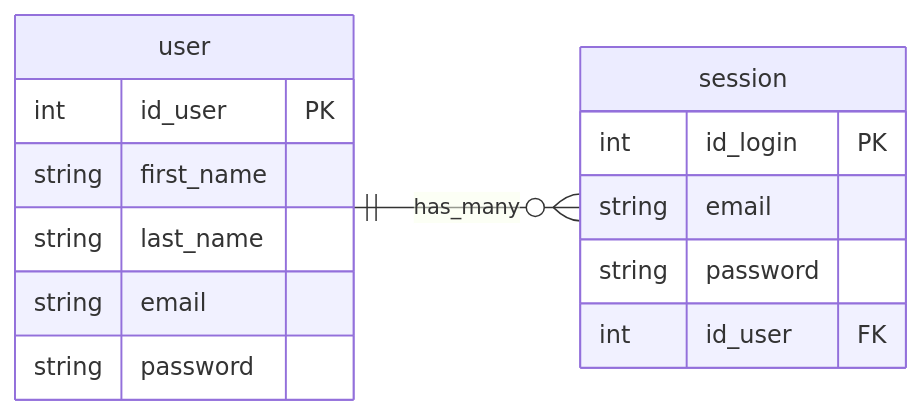
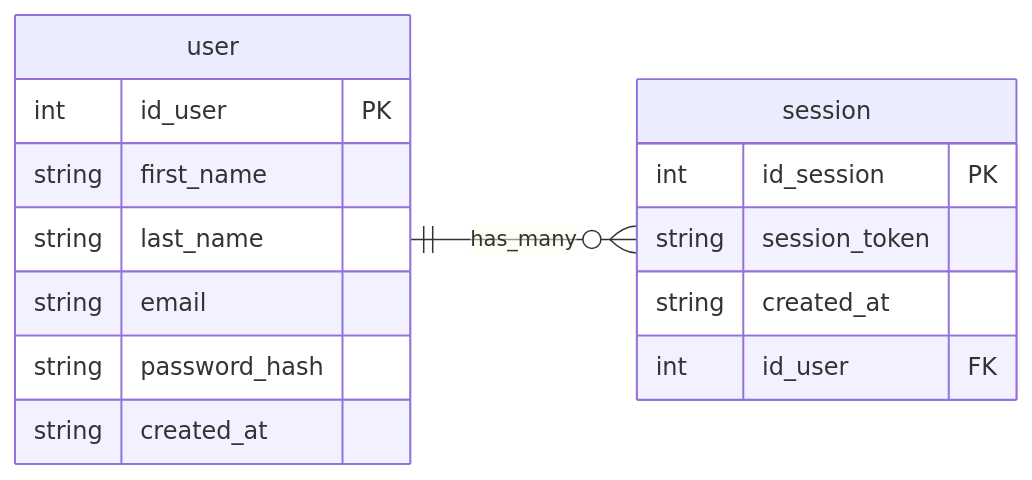
One commit to Dwaysetya/fgo24-db-auth-flow changed the diagram in README.md. Above: the diagram before and after it, drawn with Mermaid. The commit also changed 1 other file, not shown here.

Commit message:
feat:update code for erd session

````diff
--- a/README.md
+++ b/README.md
@@ -4,23 +4,24 @@
 ```mermaid
 
 erDiagram
 direction LR
 user ||--o{ session :has_many
 
 user{
     int id_user PK
     string first_name
     string last_name
     string email
-    string password
+    string password_hash
+    string created_at
 }
 
 session{
-    int id_login PK
-    string email
-    string password
+    int id_session PK
+    string session_token
+    string created_at
     int id_user FK
 }
 
 
 ```
````
